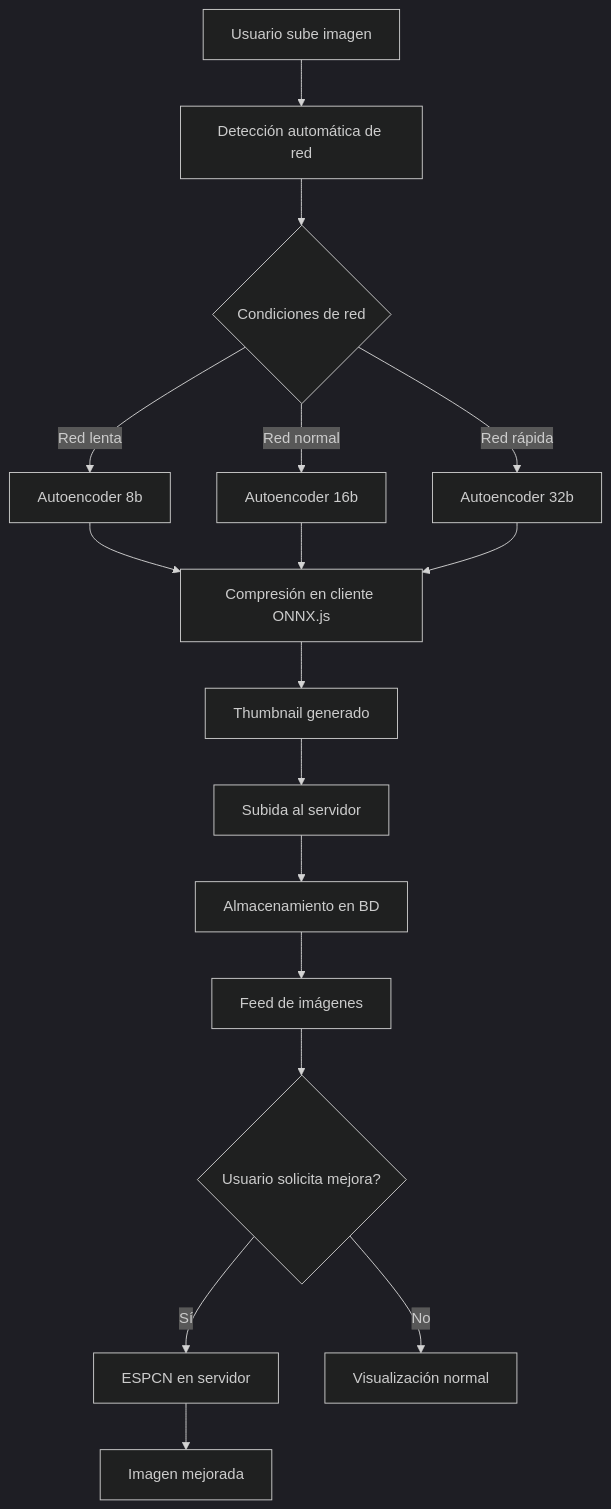
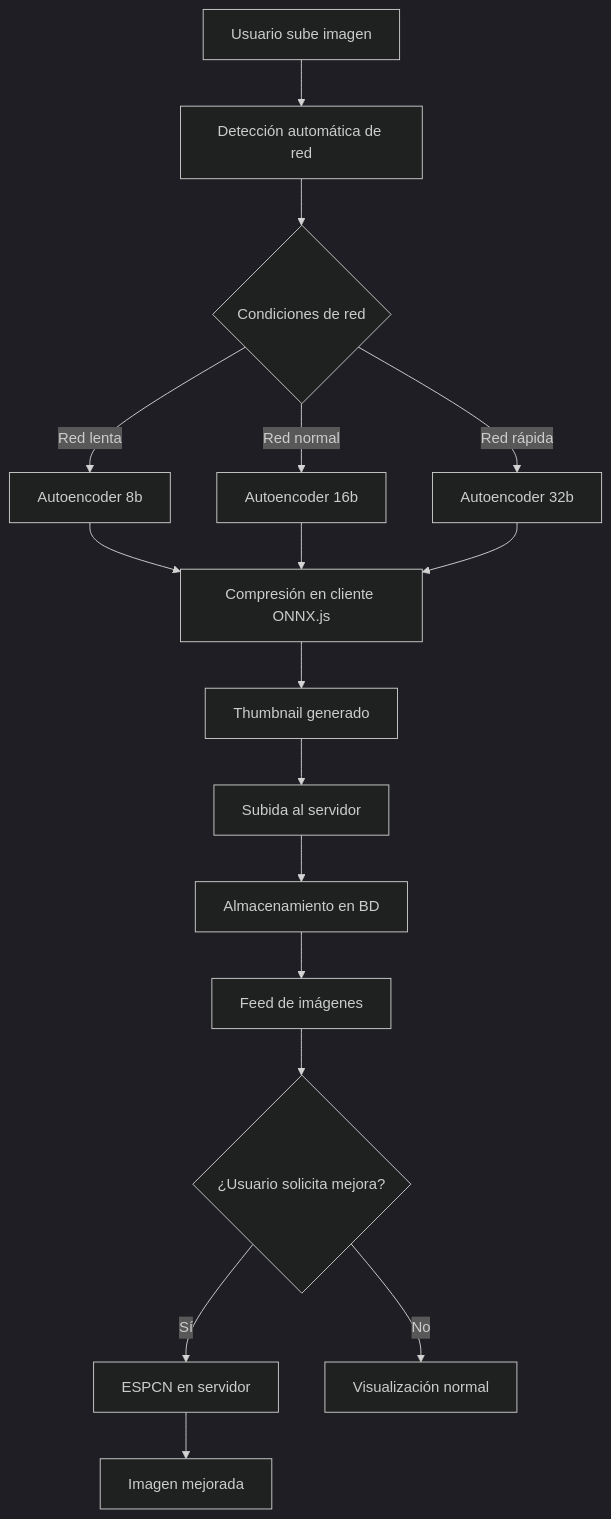
One commit to nastacuazp/proyecto_final_scm changed the first of 2 diagrams in README.md. Above: the diagram before and after it, drawn with Mermaid (dark theme). The commit also changed other lines of this file, not shown here.

````diff
--- a/README.md
+++ b/README.md
@@ -206,19 +206,19 @@
 ```mermaid
 graph TD
     A[Usuario sube imagen] --> B[Detección automática de red]
     B --> C{Condiciones de red}
     C -->|Red lenta| D[Autoencoder 8b]
     C -->|Red normal| E[Autoencoder 16b] 
     C -->|Red rápida| F[Autoencoder 32b]
     D --> G[Compresión en cliente ONNX.js]
     E --> G
     F --> G
     G --> H[Thumbnail generado]
     H --> I[Subida al servidor]
     I --> J[Almacenamiento en BD]
     J --> K[Feed de imágenes]
-    K --> L{Usuario solicita mejora?}
+    K --> L{¿Usuario solicita mejora?}
     L -->|Sí| M[ESPCN en servidor]
     L -->|No| N[Visualización normal]
     M --> O[Imagen mejorada]
 ```
````
